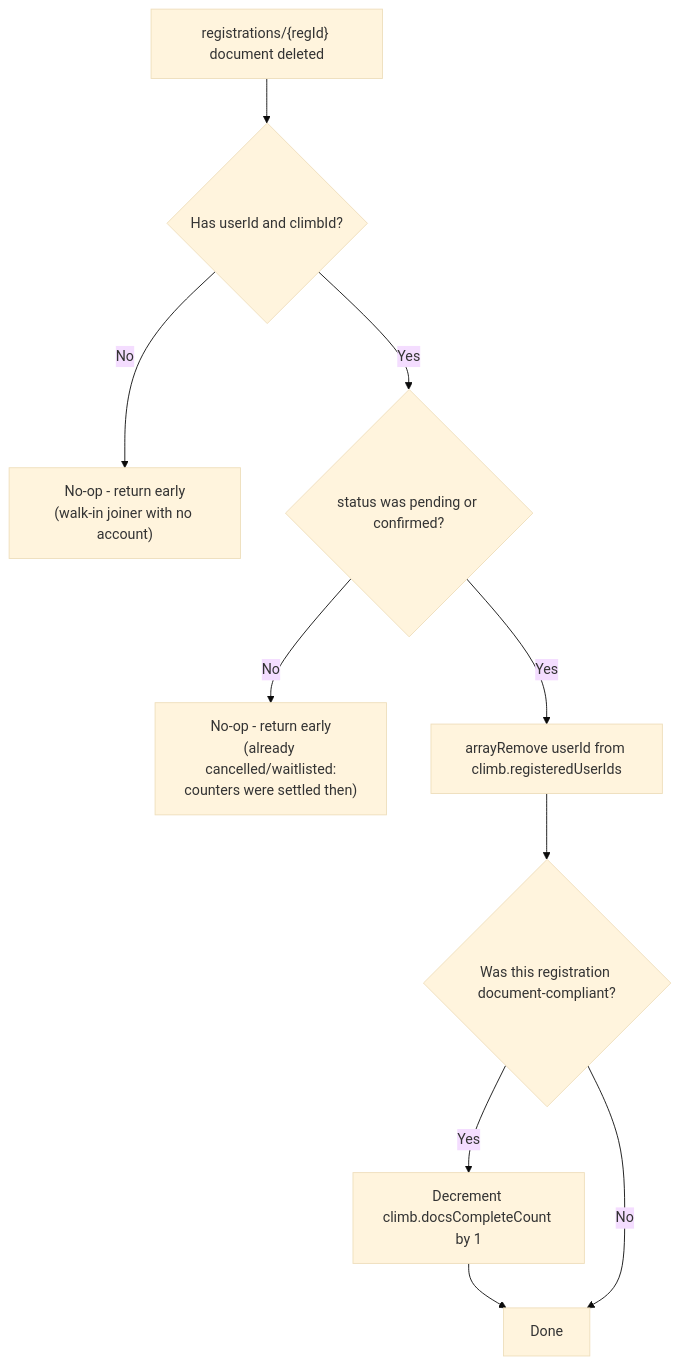
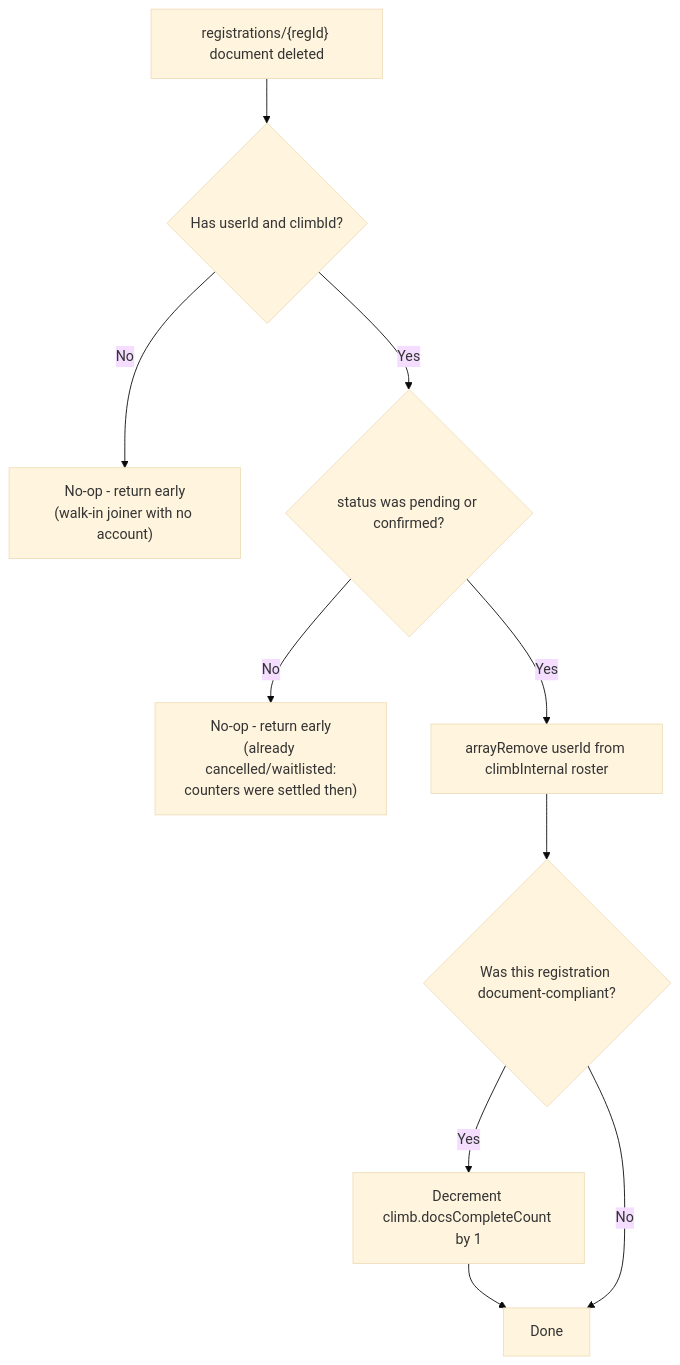
One commit to Oweeboi011/mms-open-climbs changed the fourth of 10 diagrams in docs/wiki/API.md. Above: the diagram before and after it, drawn with Mermaid (base theme). The commit also changed other lines of this file and 39 other files, not shown here.

````diff
--- a/docs/wiki/API.md
+++ b/docs/wiki/API.md
@@ -341,20 +342,20 @@
 ```mermaid
 flowchart TD
     A["registrations/{regId} document deleted"]
     B{"Has userId and climbId?"}
     C["No-op - return early\n(walk-in joiner with no account)"]
     D{"status was pending or confirmed?"}
     E["No-op - return early\n(already cancelled/waitlisted:\ncounters were settled then)"]
-    F["arrayRemove userId from climb.registeredUserIds"]
+    F["arrayRemove userId from climbInternal roster"]
     G{"Was this registration document-compliant?"}
     H["Decrement climb.docsCompleteCount by 1"]
     I["Done"]
 
     A --> B
     B -- "No" --> C
     B -- "Yes" --> D
     D -- "No" --> E
     D -- "Yes" --> F --> G
     G -- "Yes" --> H --> I
     G -- "No" --> I
 ```
````
